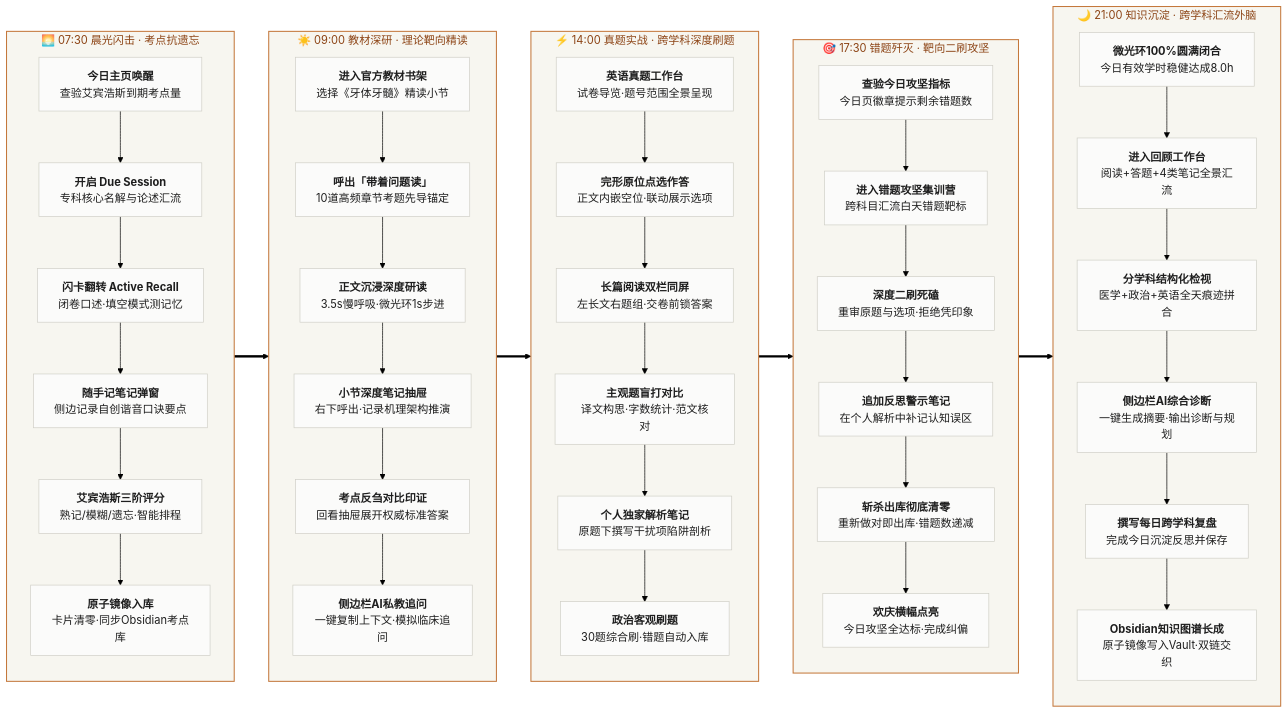
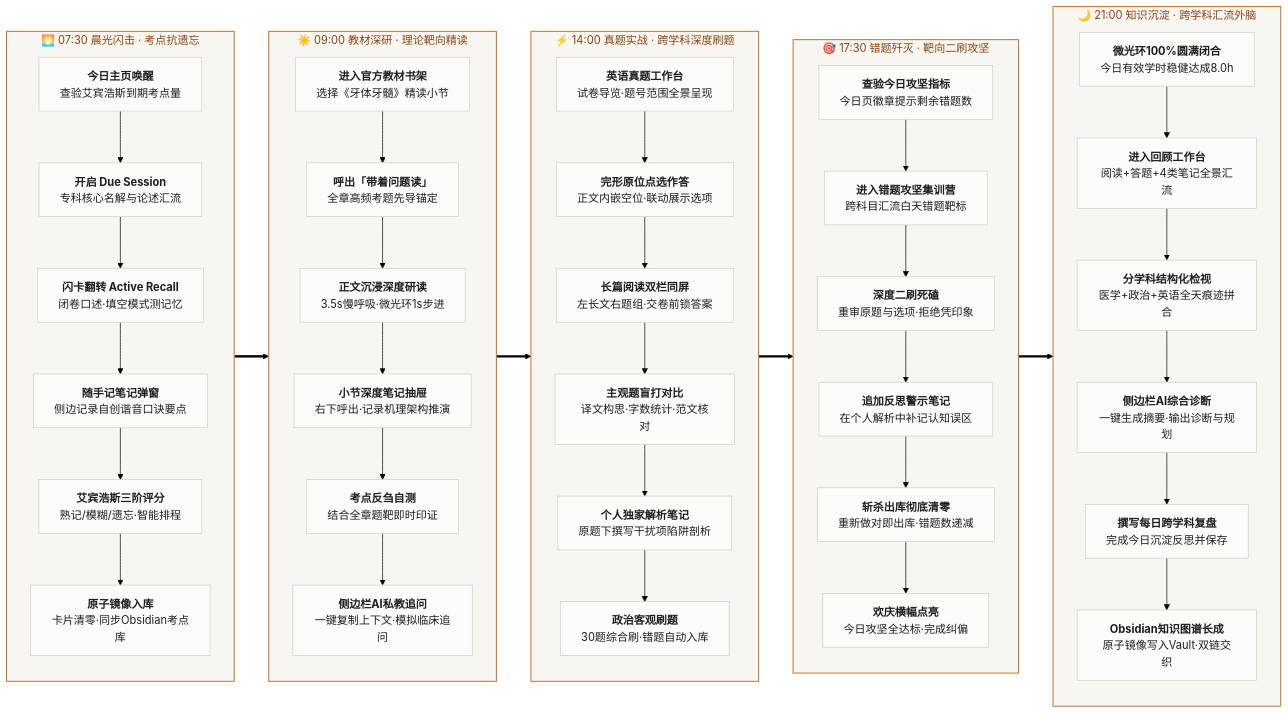
Before and after one commit to UniqueYu8988/YuReader: the diagram in README.md, drawn with Mermaid (forest theme). The commit also changed other lines of this file and 3 other files, not shown here.

````diff
--- a/README.md
+++ b/README.md
@@ -76,63 +76,63 @@
 ```mermaid
 flowchart LR
     subgraph S1 ["🌅 07:30 晨光闪击 · 考点抗遗忘"]
         direction TB
         A1["<b>今日主页唤醒</b><br/>查验艾宾浩斯到期考点量"]
         A2["<b>开启 Due Session</b><br/>专科核心名解与论述汇流"]
         A3["<b>闪卡翻转 Active Recall</b><br/>闭卷口述·填空模式测记忆"]
         A4["<b>随手记笔记弹窗</b><br/>侧边记录自创谐音口诀要点"]
         A5["<b>艾宾浩斯三阶评分</b><br/>熟记/模糊/遗忘·智能排程"]
         A6["<b>原子镜像入库</b><br/>卡片清零·同步Obsidian考点库"]
         A1 --> A2 --> A3 --> A4 --> A5 --> A6
     end
 
     subgraph S2 ["☀️ 09:00 教材深研 · 理论靶向精读"]
         direction TB
         B1["<b>进入官方教材书架</b><br/>选择《牙体牙髓》精读小节"]
-        B2["<b>呼出「带着问题读」</b><br/>10道高频章节考题先导锚定"]
+        B2["<b>呼出「带着问题读」</b><br/>全章高频考题先导锚定"]
         B3["<b>正文沉浸深度研读</b><br/>3.5s慢呼吸·微光环1s步进"]
         B4["<b>小节深度笔记抽屉</b><br/>右下呼出·记录机理架构推演"]
-        B5["<b>考点反刍对比印证</b><br/>回看抽屉展开权威标准答案"]
+        B5["<b>考点反刍自测</b><br/>结合全章题靶即时印证"]
         B6["<b>侧边栏AI私教追问</b><br/>一键复制上下文·模拟临床追问"]
         B1 --> B2 --> B3 --> B4 --> B5 --> B6
     end
 
     subgraph S3 ["⚡ 14:00 真题实战 · 跨学科深度刷题"]
         direction TB
         C1["<b>英语真题工作台</b><br/>试卷导览·题号范围全景呈现"]
         C2["<b>完形原位点选作答</b><br/>正文内嵌空位·联动展示选项"]
         C3["<b>长篇阅读双栏同屏</b><br/>左长文右题组·交卷前锁答案"]
         C4["<b>主观题盲打对比</b><br/>译文构思·字数统计·范文核对"]
         C5["<b>个人独家解析笔记</b><br/>原题下撰写干扰项陷阱剖析"]
         C6["<b>政治客观刷题</b><br/>30题综合刷·错题自动入库"]
         C1 --> C2 --> C3 --> C4 --> C5 --> C6
     end
 
     subgraph S4 ["🎯 17:30 错题歼灭 · 靶向二刷攻坚"]
         direction TB
         D1["<b>查验今日攻坚指标</b><br/>今日页徽章提示剩余错题数"]
         D2["<b>进入错题攻坚集训营</b><br/>跨科目汇流白天错题靶标"]
         D3["<b>深度二刷死磕</b><br/>重审原题与选项·拒绝凭印象"]
         D4["<b>追加反思警示笔记</b><br/>在个人解析中补记认知误区"]
         D5["<b>斩杀出库彻底清零</b><br/>重新做对即出库·错题数递减"]
         D6["<b>欢庆横幅点亮</b><br/>今日攻坚全达标·完成纠偏"]
         D1 --> D2 --> D3 --> D4 --> D5 --> D6
     end
 
     subgraph S5 ["🌙 21:00 知识沉淀 · 跨学科汇流外脑"]
         direction TB
         E1["<b>微光环100%圆满闭合</b><br/>今日有效学时稳健达成8.0h"]
         E2["<b>进入回顾工作台</b><br/>阅读+答题+4类笔记全景汇流"]
         E3["<b>分学科结构化检视</b><br/>医学+政治+英语全天痕迹拼合"]
         E4["<b>侧边栏AI综合诊断</b><br/>一键生成摘要·输出诊断与规划"]
         E5["<b>撰写每日跨学科复盘</b><br/>完成今日沉淀反思并保存"]
         E6["<b>Obsidian知识图谱长成</b><br/>原子镜像写入Vault·双链交织"]
         E1 --> E2 --> E3 --> E4 --> E5 --> E6
     end
 
     S1 ==> S2 ==> S3 ==> S4 ==> S5
 
     classDef default fill:#fbfbfa,stroke:#d0cfc7,stroke-width:1px,color:#1e1e1e;
     classDef stageStyle fill:#f7f6f0,stroke:#c4783c,stroke-width:1.5px,color:#8c4314;
     class S1,S2,S3,S4,S5 stageStyle;
 ```
````
